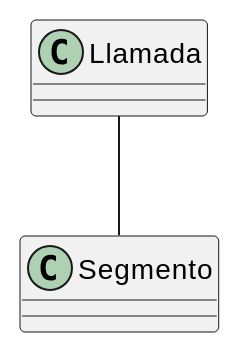
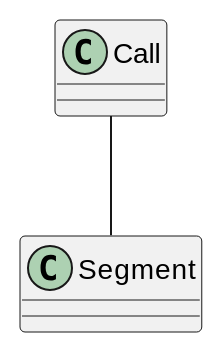
One commit to jcg-admin/IACT-docs changed the diagram in source/requisitos/_metodologia-aplicacion/analisis-dominio/sintaxis-plantuml-minima.rst. Above: the diagram before and after it, drawn with PlantUML. The commit also changed 21 other files, not shown here.

```diff
--- a/source/requisitos/_metodologia-aplicacion/analisis-dominio/sintaxis-plantuml-minima.rst
+++ b/source/requisitos/_metodologia-aplicacion/analisis-dominio/sintaxis-plantuml-minima.rst
@@ -7,7 +7,7 @@
 .. uml::
 
    @startuml
-   class Llamada
-   class Segmento
-   Llamada -- Segmento
+   class Call
+   class Segment
+   Call -- Segment
    @enduml
```
